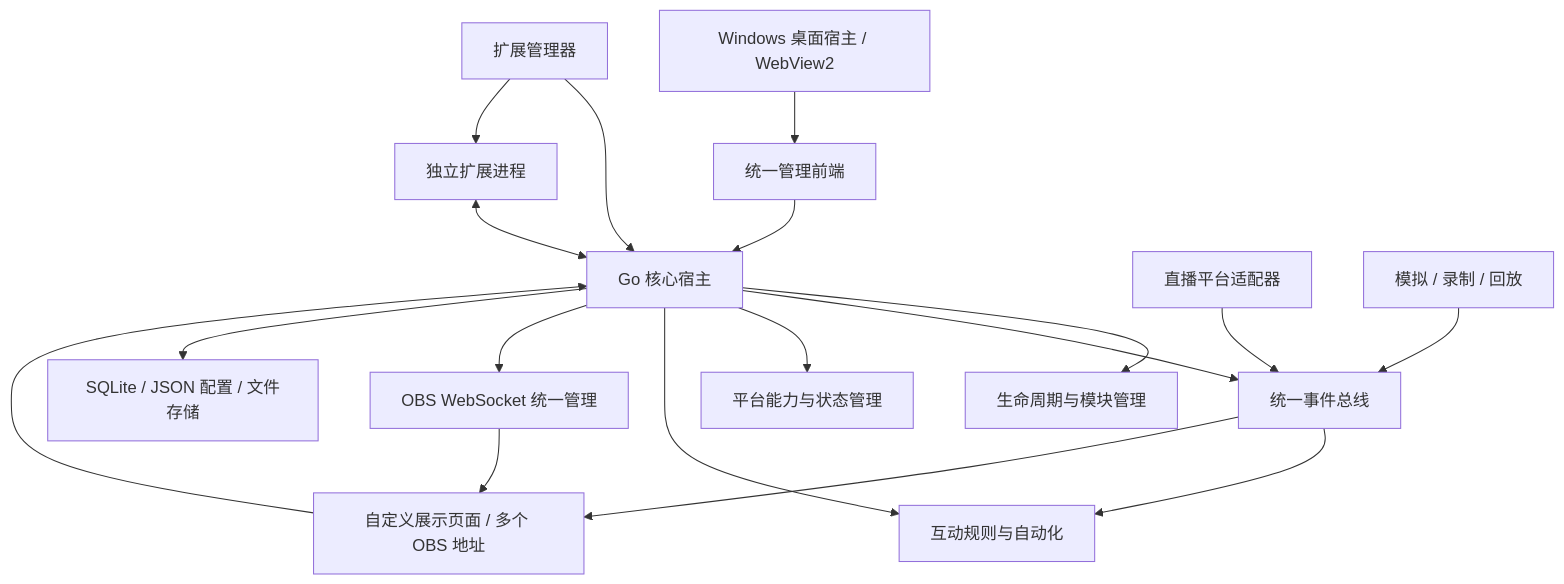
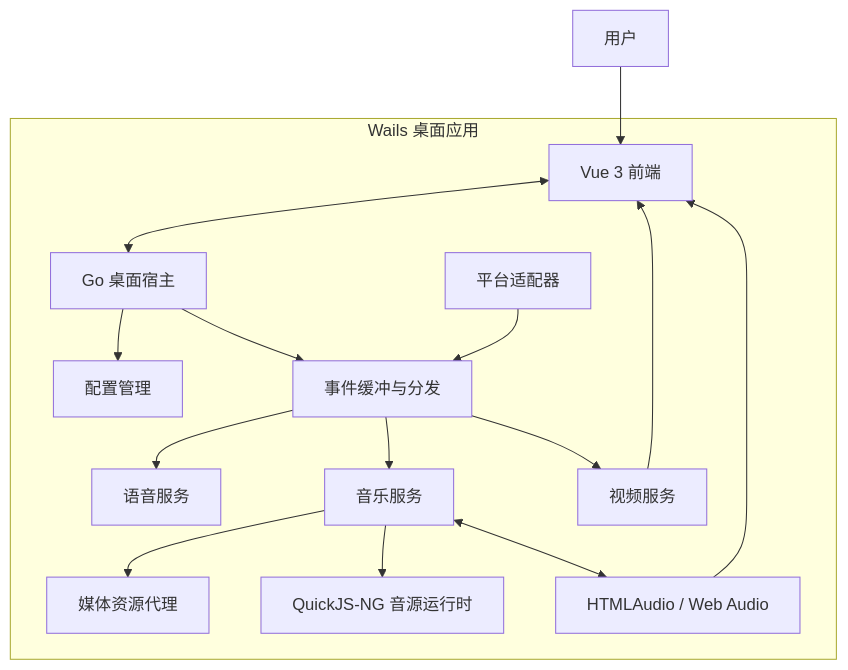
One commit to dongguo4812/My-LiveHub changed the first of 2 diagrams in docs/ARCHITECTURE.md. Above: the diagram before and after it, drawn with Mermaid. The commit also changed other lines of this file, not shown here.

Commit message:
docs: update architecture to match current implementation

````diff
--- a/docs/ARCHITECTURE.md
+++ b/docs/ARCHITECTURE.md
@@ -28,37 +28,31 @@
-~~~mermaid
+```mermaid
 flowchart TB
-    UI[Windows 桌面宿主 / WebView2]
-    FE[统一管理前端]
-    DISPLAY[自定义展示页面 / 多个 OBS 地址]
+    USER[用户]
+    subgraph APP[Wails 桌面应用]
+        FE[Vue 3 前端]
+        GO[Go 桌面宿主]
+        CFG[配置管理]
+        EVT[事件缓冲与分发]
+        PLATFORM[平台适配器]
+        VOICE[语音服务]
+        MUSIC[音乐服务]
+        VIDEO[视频服务]
+        MEDIA[媒体资源代理]
+        LX[QuickJS-NG 音源运行时]
+        HTML[HTMLAudio / Web Audio]
+    end
 
-    CORE[Go 核心宿主]
-    LIFE[生命周期与模块管理]
-    EVENT[统一事件总线]
-    CAP[平台能力与状态管理]
-    RULE[互动规则与自动化]
-    OBS[OBS WebSocket 统一管理]
-    STORE[SQLite / JSON 配置 / 文件存储]
-
-    ADAPTER[直播平台适配器]
-    EXT[扩展管理器]
-    PLUGIN[独立扩展进程]
-    SIM[模拟 / 录制 / 回放]
-
-    UI --> FE
-    FE --> CORE
-    DISPLAY --> CORE
-    CORE --> LIFE
-    CORE --> EVENT
-    CORE --> CAP
-    CORE --> RULE
-    CORE --> OBS
-    CORE --> STORE
-    ADAPTER --> EVENT
-    SIM --> EVENT
-    EXT --> CORE
-    EXT --> PLUGIN
-    PLUGIN <--> CORE
-    EVENT --> RULE
-    EVENT --> DISPLAY
-    OBS --> DISPLAY
-~~~
+    USER --> FE
+    FE <--> GO
+    GO --> CFG
+    GO --> EVT
+    PLATFORM --> EVT
+    EVT --> VOICE
+    EVT --> MUSIC
+    EVT --> VIDEO
+    MUSIC --> LX
+    MUSIC --> MEDIA
+    MUSIC <--> HTML
+    VIDEO --> FE
+    HTML --> FE
+```
````
